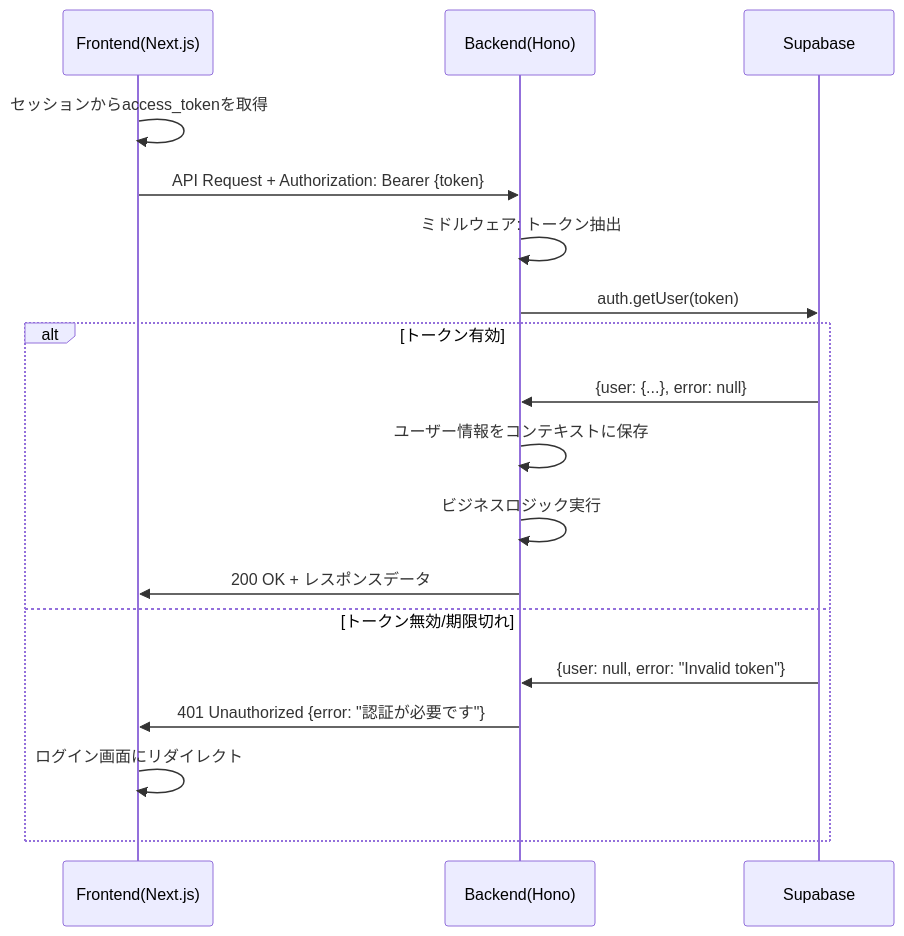
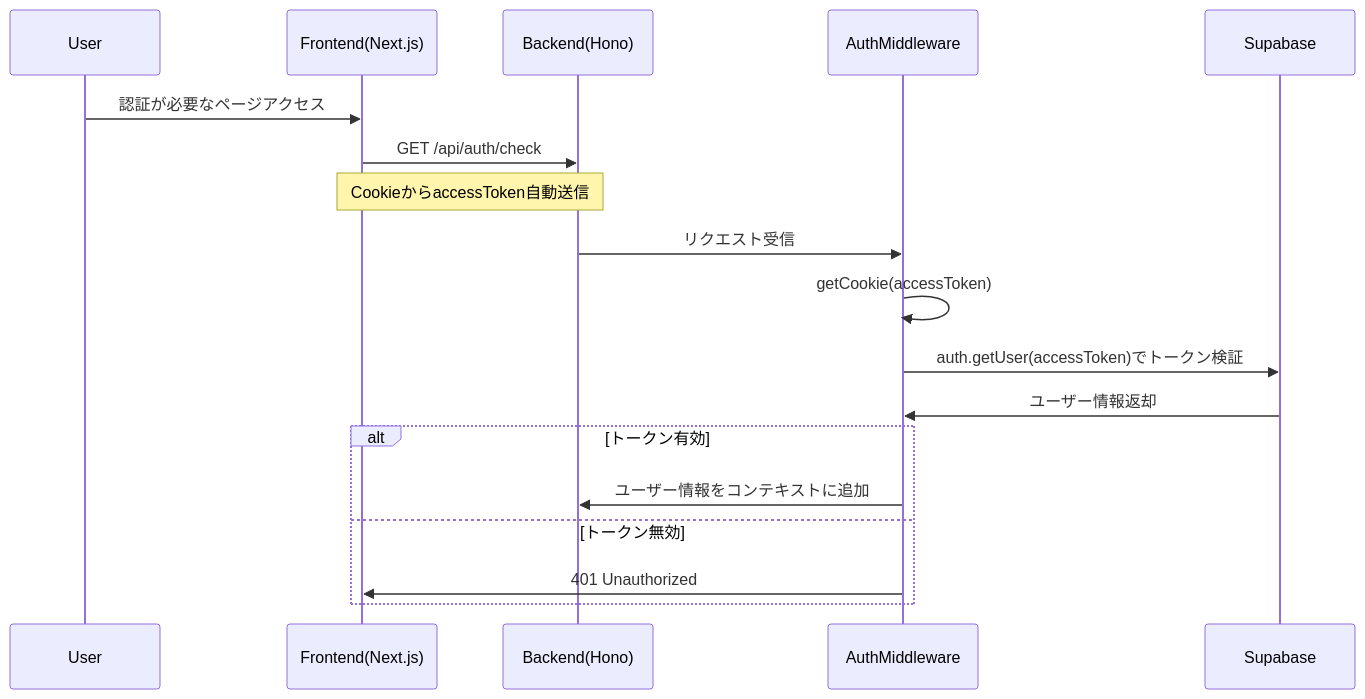
One commit to Takuya0202/foodsnap changed the third of 4 diagrams in docs/station3/doc.md. Above: the diagram before and after it, drawn with Mermaid. The commit also changed other lines of this file and 1 other file, not shown here.

Commit message:
認証のシーケンス図作成

````diff
--- a/docs/station3/doc.md
+++ b/docs/station3/doc.md
@@ -98,23 +122,23 @@
 ```mermaid
 sequenceDiagram
+  participant U as User
   participant F as Frontend(Next.js)
   participant B as Backend(Hono)
-  participant S as Supabase
+  participant M as AuthMiddleware
+  participant DB as Supabase
 
-  F->>F: セッションからaccess_tokenを取得
-  F->>B: API Request + Authorization: Bearer {token}
+  U->>F: 認証が必要なページアクセス
+  F->>B: GET /api/auth/check
+  Note over F,B: CookieからaccessToken自動送信
   
-  B->>B: ミドルウェア: トークン抽出
-  B->>S: auth.getUser(token)
+  B->>M: リクエスト受信
+  M->>M: getCookie(accessToken)
+  M->>DB: auth.getUser(accessToken)でトークン検証
+  DB->>M: ユーザー情報返却
   
   alt トークン有効
-    S->>B: {user: {...}, error: null}
-    B->>B: ユーザー情報をコンテキストに保存
-    B->>B: ビジネスロジック実行
-    B->>F: 200 OK + レスポンスデータ
-  else トークン無効/期限切れ
-    S->>B: {user: null, error: "Invalid token"}
-    B->>F: 401 Unauthorized {error: "認証が必要です"}
-    F->>F: ログイン画面にリダイレクト
+    M->>B: ユーザー情報をコンテキストに追加
+  else トークン無効
+    M->>F: 401 Unauthorized
   end
 ```
````
